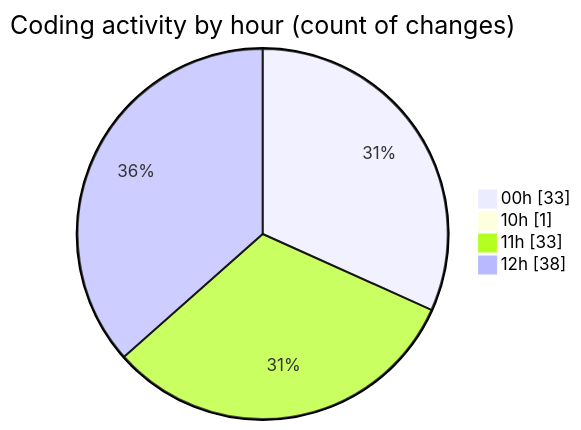
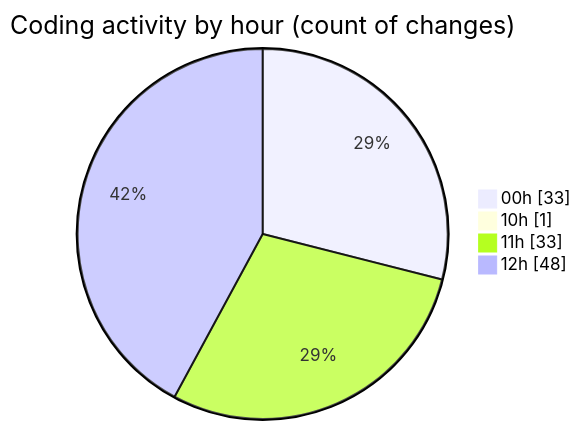
Before and after one commit to nxtqubesakshisongat/code-tracking: the second of 2 diagrams in 2025-08-10/nxtqube_webapp/README.md, drawn with Mermaid. The commit also changed other lines of this file and 1 other file, not shown here.

````diff
--- a/2025-08-10/nxtqube_webapp/README.md
+++ b/2025-08-10/nxtqube_webapp/README.md
@@ -30,8 +30,8 @@
 ```mermaid
 pie showData
 title Coding activity by hour (count of changes)
 "00h" : 33
 "10h" : 1
 "11h" : 33
-"12h" : 38
+"12h" : 48
 ```
````
